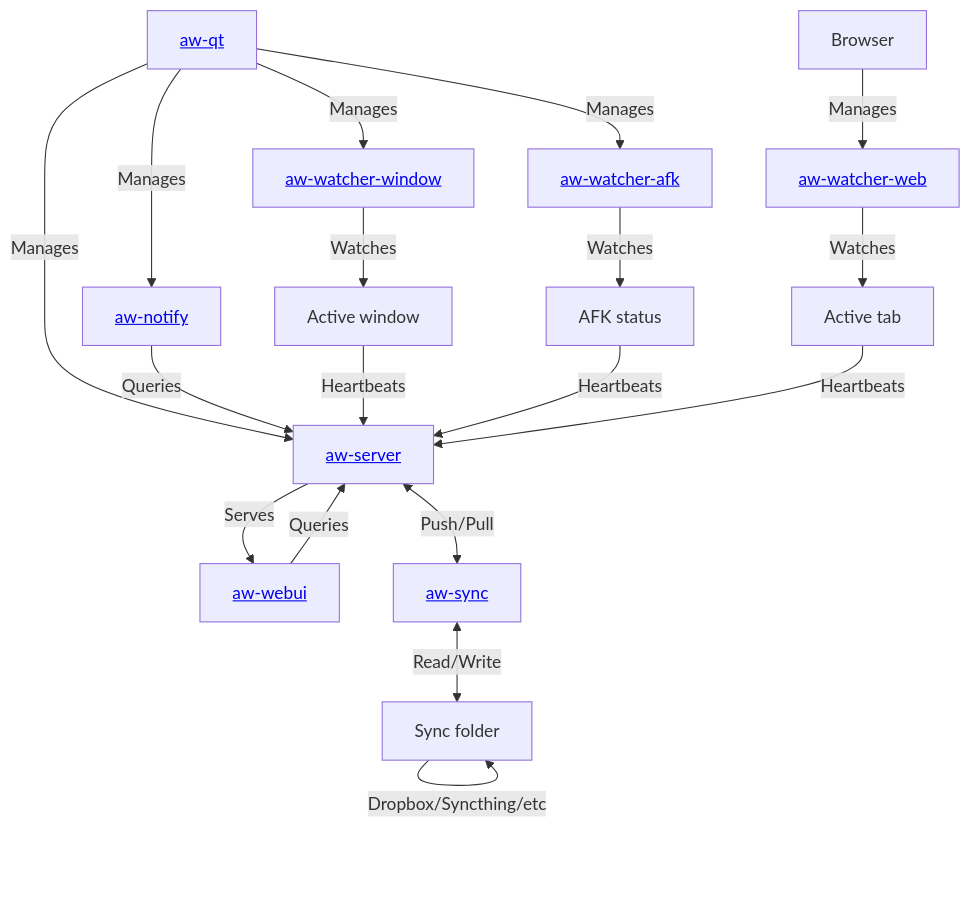
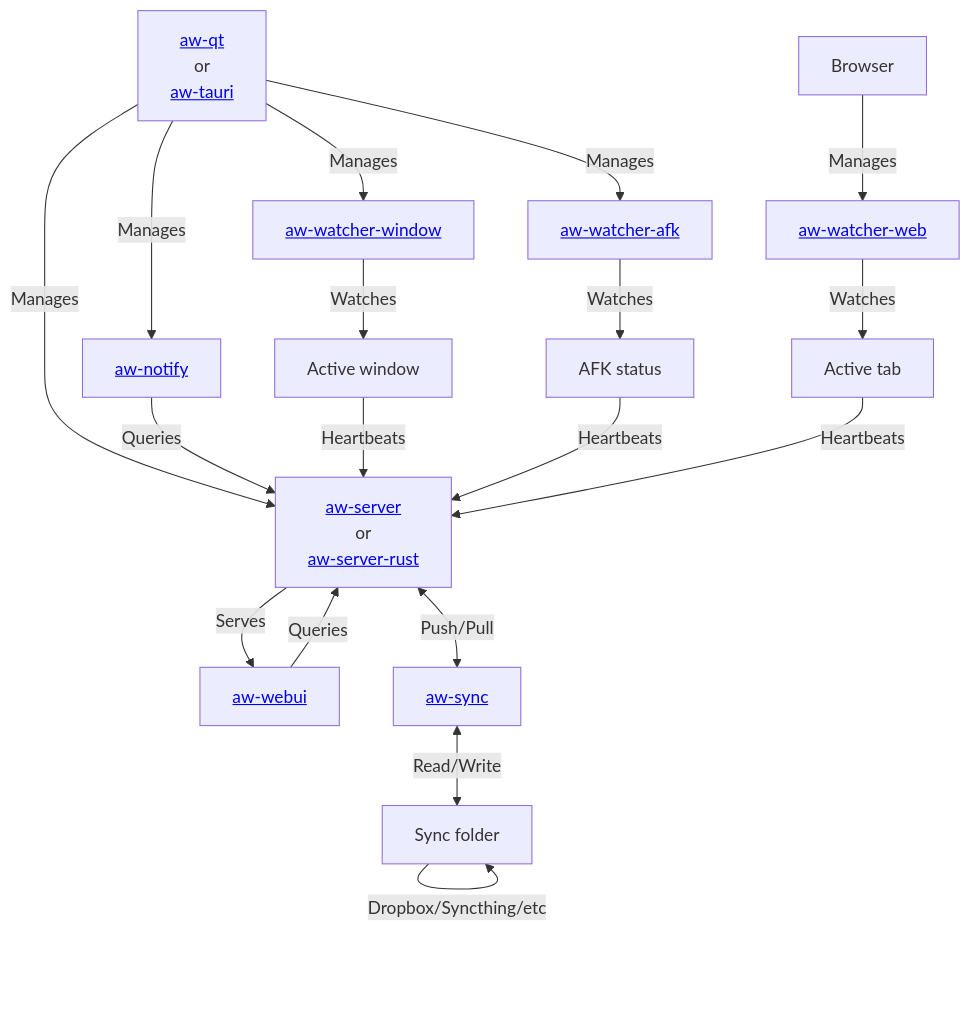
Before and after one commit to ActivityWatch/activitywatch: the diagram in README.md, drawn with Mermaid.

Commit message:
docs(README): update architecture diagram

````diff
--- a/README.md
+++ b/README.md
@@ -209,36 +209,36 @@
 ```mermaid
 graph TD;
-  aw-qt[<a href='https://github.com/ActivityWatch/aw-qt'>aw-qt</a>];
+  aw-qt[<a href='https://github.com/ActivityWatch/aw-qt'>aw-qt</a><br/>or<br/><a href='https://github.com/ActivityWatch/aw-tauri'>aw-tauri</a>];
   aw-notify[<a href='https://github.com/ActivityWatch/aw-notify-rs'>aw-notify</a>];
-  aw-server[<a href='https://github.com/ActivityWatch/aw-server'>aw-server</a>];
+  aw-server[<a href='https://github.com/ActivityWatch/aw-server'>aw-server</a><br/>or<br/><a href='https://github.com/ActivityWatch/aw-server-rust'>aw-server-rust</a>];
   aw-webui[<a href='https://github.com/ActivityWatch/aw-webui'>aw-webui</a>];
   aw-watcher-window[<a href='https://github.com/ActivityWatch/aw-watcher-window'>aw-watcher-window</a>];
   aw-watcher-afk[<a href='https://github.com/ActivityWatch/aw-watcher-afk'>aw-watcher-afk</a>];
   aw-watcher-web[<a href='https://github.com/ActivityWatch/aw-watcher-web'>aw-watcher-web</a>];
   aw-sync[<a href='https://github.com/ActivityWatch/aw-server-rust/tree/master/aw-sync'>aw-sync</a>];
 
   aw-qt -- Manages --> aw-server;
   aw-qt -- Manages --> aw-notify -- Queries --> aw-server;
   aw-qt -- Manages --> aw-watcher-window -- Watches --> S1[Active window] -- Heartbeats --> aw-server;
   aw-qt -- Manages --> aw-watcher-afk -- Watches --> S2[AFK status] -- Heartbeats --> aw-server;
   Browser -- Manages --> aw-watcher-web -- Watches --> S3[Active tab] -- Heartbeats --> aw-server;
   SF -- Dropbox/Syncthing/etc --> SF;
   aw-server <-- Push/Pull --> aw-sync <-- Read/Write --> SF[Sync folder];
   aw-server -- Serves --> aw-webui -- Queries --> aw-server;
 
   %% User -- Interacts --> aw-webui;
   %% User -- Observes --> aw-notify;
   %% User -- Interacts --> aw-qt;
 
 classDef lightMode fill:#FFFFFF, stroke:#333333, color:#333333;
 classDef darkMode fill:#333333, stroke:#FFFFFF, color:#FFFFFF;
 
 classDef lightModeLinks stroke:#333333;
 classDef darkModeLinks stroke:#FFFFFF;
 
 class A,B,C,D,E,G lightMode;
 class A,B,C,D,E,G darkMode;
 
 %% linkStyle 0 stroke:#FF4136, stroke-width:2px;
 %% linkStyle 1 stroke:#1ABC9C, stroke-width:2px;
 ```
````
